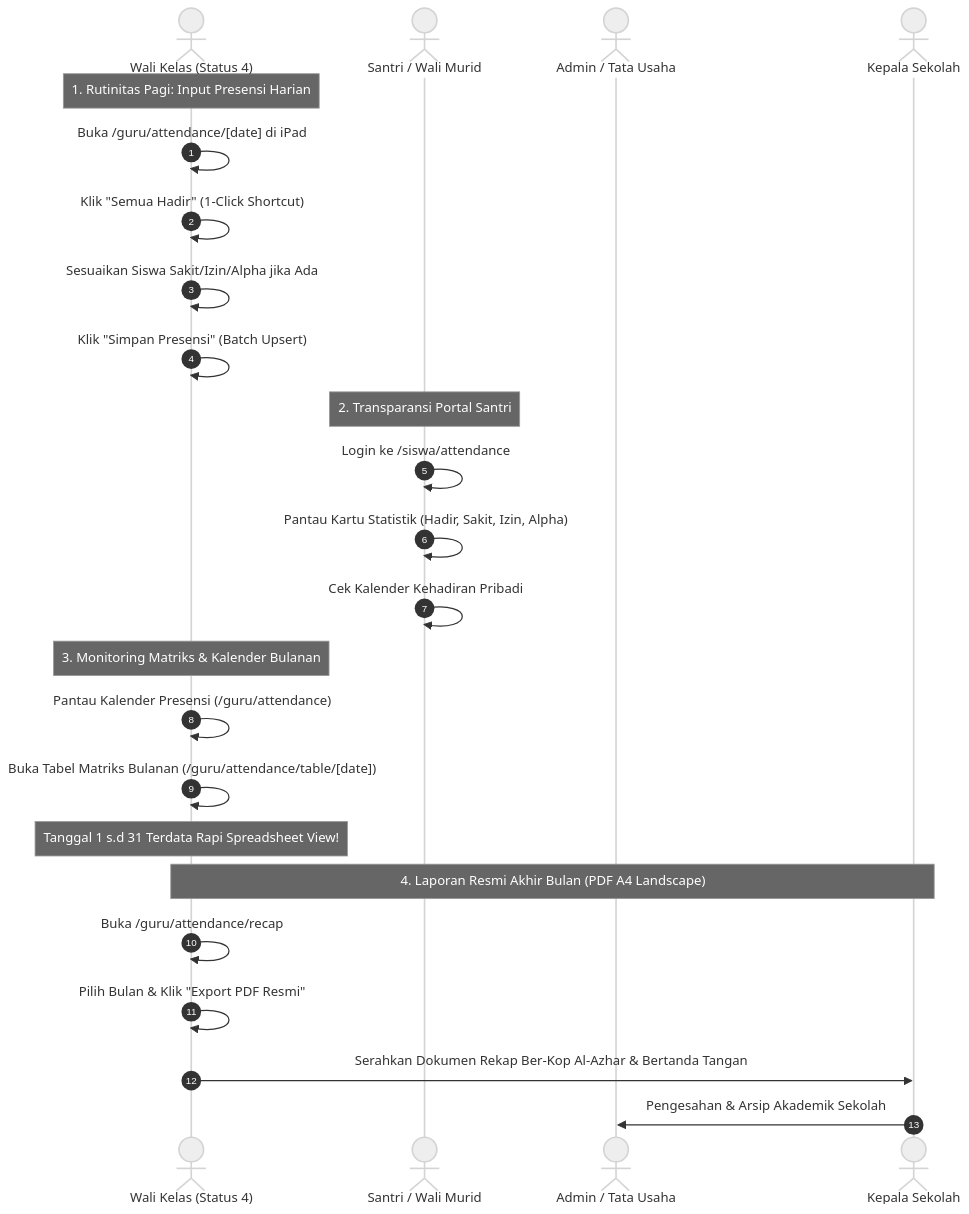
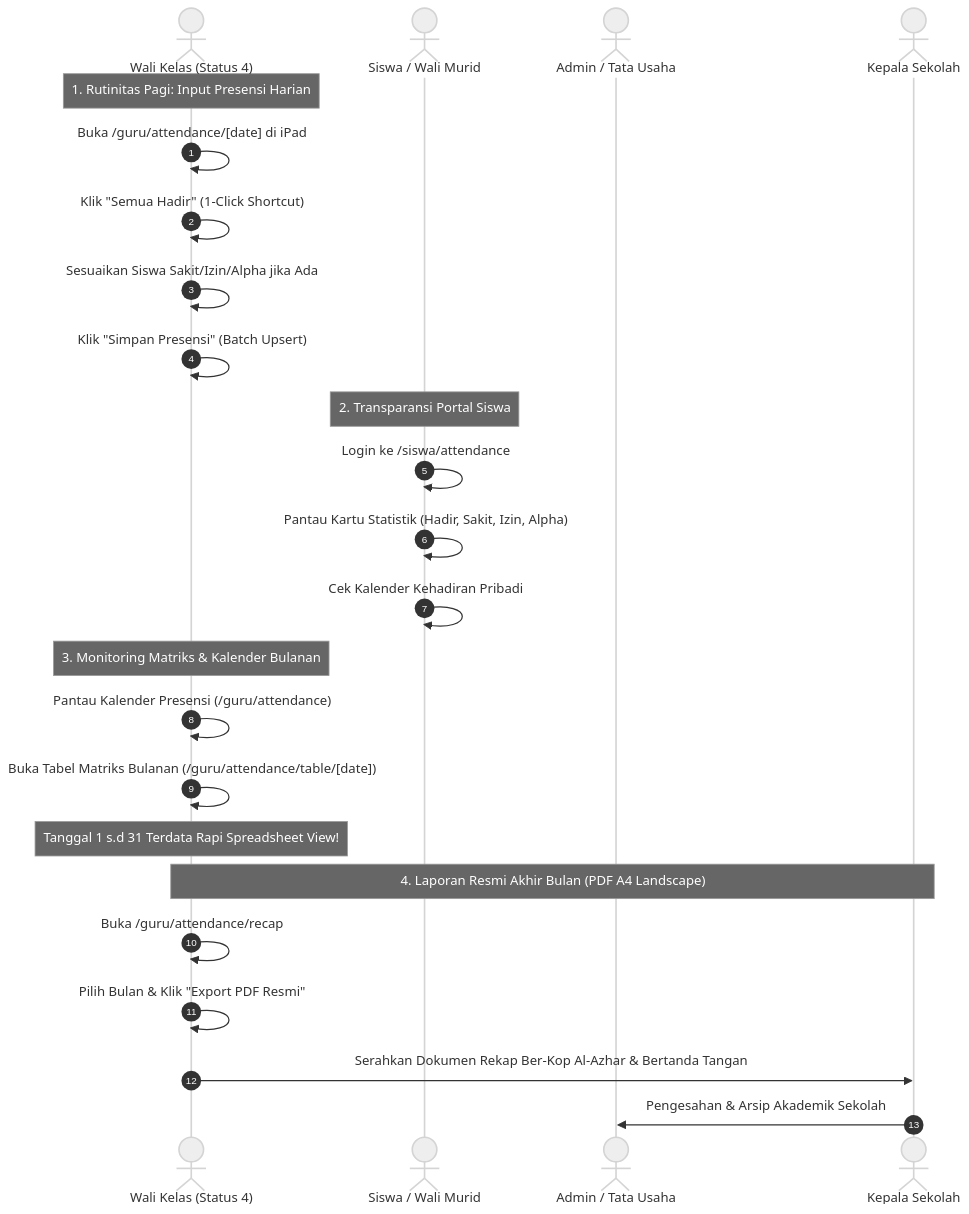
The second of 2 diagrams in docs/workflows/workflow-absensi.md (Rianpedia-dev/student-apps), drawn with Mermaid (neutral theme) before and after one commit. The commit also changed other lines of this file and 47 other files, not shown here.

````diff
--- a/docs/workflows/workflow-absensi.md
+++ b/docs/workflows/workflow-absensi.md
@@ -64,30 +64,30 @@
 ```mermaid
 sequenceDiagram
     autonumber
     actor Wali as Wali Kelas (Status 4)
-    actor Siswa as Santri / Wali Murid
+    actor Siswa as Siswa / Wali Murid
     actor Admin as Admin / Tata Usaha
     actor Kepsek as Kepala Sekolah
 
     Note over Wali: 1. Rutinitas Pagi: Input Presensi Harian
     Wali->>Wali: Buka /guru/attendance/[date] di iPad
     Wali->>Wali: Klik "Semua Hadir" (1-Click Shortcut)
     Wali->>Wali: Sesuaikan Siswa Sakit/Izin/Alpha jika Ada
     Wali->>Wali: Klik "Simpan Presensi" (Batch Upsert)
 
-    Note over Siswa: 2. Transparansi Portal Santri
+    Note over Siswa: 2. Transparansi Portal Siswa
     Siswa->>Siswa: Login ke /siswa/attendance
     Siswa->>Siswa: Pantau Kartu Statistik (Hadir, Sakit, Izin, Alpha)
     Siswa->>Siswa: Cek Kalender Kehadiran Pribadi
 
     Note over Wali: 3. Monitoring Matriks & Kalender Bulanan
     Wali->>Wali: Pantau Kalender Presensi (/guru/attendance)
     Wali->>Wali: Buka Tabel Matriks Bulanan (/guru/attendance/table/[date])
     Note over Wali: Tanggal 1 s.d 31 Terdata Rapi Spreadsheet View!
 
     Note over Wali,Kepsek: 4. Laporan Resmi Akhir Bulan (PDF A4 Landscape)
     Wali->>Wali: Buka /guru/attendance/recap
     Wali->>Wali: Pilih Bulan & Klik "Export PDF Resmi"
     Wali->>Kepsek: Serahkan Dokumen Rekap Ber-Kop Al-Azhar & Bertanda Tangan
     Kepsek->>Admin: Pengesahan & Arsip Akademik Sekolah
 ```
````
